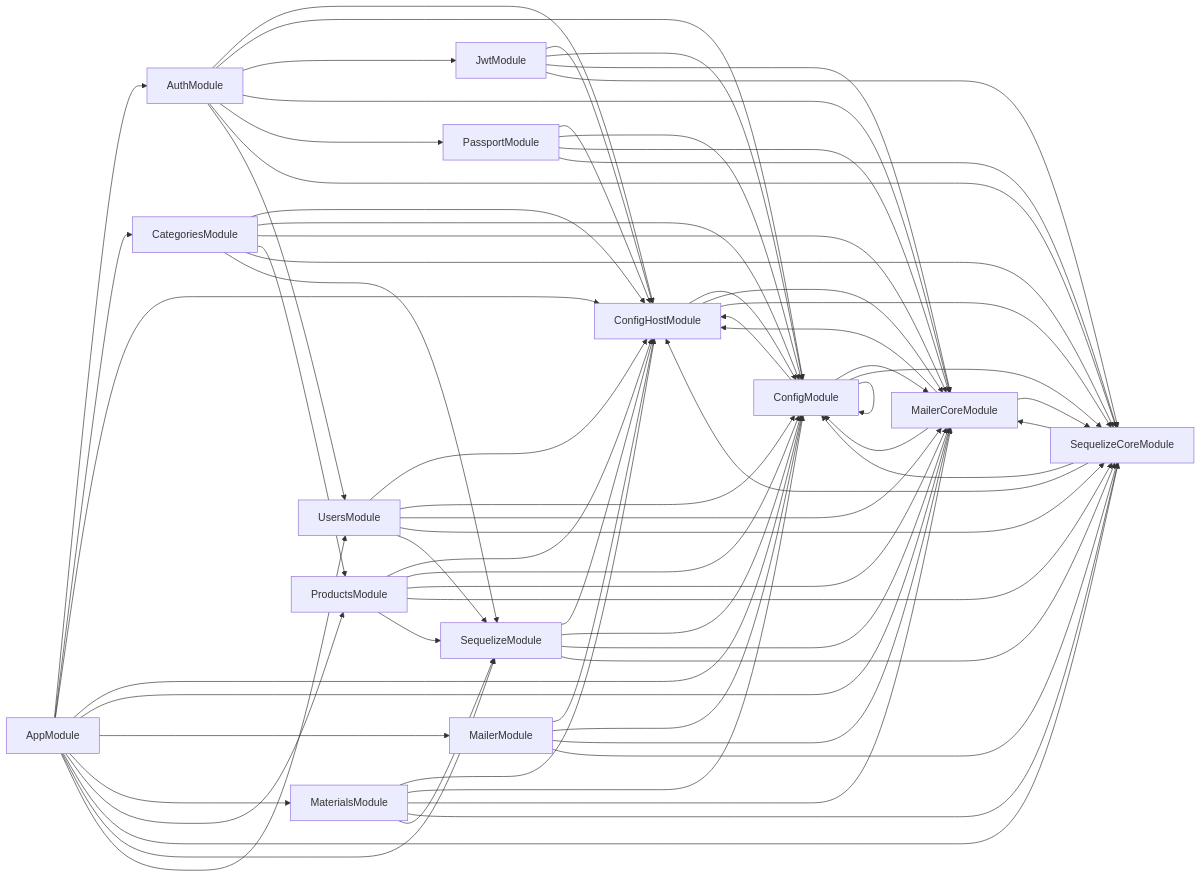
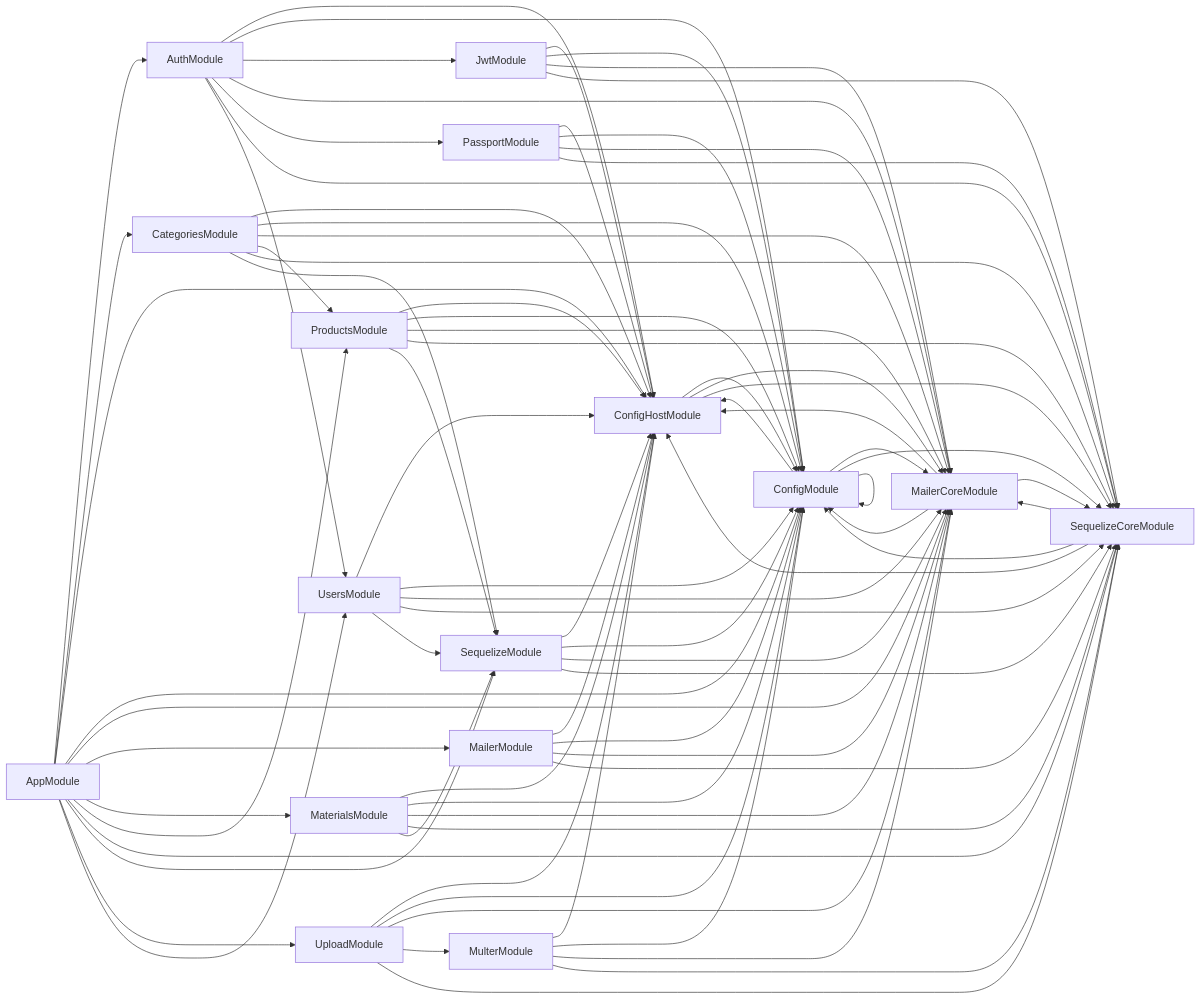
The diagram in deps.mermaid (csc13001-kafi/csc13001-kafi-server), drawn with Mermaid before and after one commit. The commit also changed 20 other files, not shown here.

```diff
--- a/deps.mermaid
+++ b/deps.mermaid
@@ -1,69 +1,79 @@
 graph LR
     AppModule-->AuthModule
   AppModule-->CategoriesModule
   AppModule-->ConfigHostModule
   AppModule-->ConfigModule
   AppModule-->MailerCoreModule
   AppModule-->MailerModule
   AppModule-->MaterialsModule
   AppModule-->ProductsModule
   AppModule-->SequelizeCoreModule
   AppModule-->SequelizeModule
+  AppModule-->UploadModule
   AppModule-->UsersModule
   AuthModule-->ConfigHostModule
   AuthModule-->ConfigModule
   AuthModule-->JwtModule
   AuthModule-->MailerCoreModule
   AuthModule-->PassportModule
   AuthModule-->SequelizeCoreModule
   AuthModule-->UsersModule
   CategoriesModule-->ConfigHostModule
   CategoriesModule-->ConfigModule
   CategoriesModule-->MailerCoreModule
   CategoriesModule-->ProductsModule
   CategoriesModule-->SequelizeCoreModule
   CategoriesModule-->SequelizeModule
   ConfigHostModule-->ConfigModule
   ConfigHostModule-->MailerCoreModule
   ConfigHostModule-->SequelizeCoreModule
   ConfigModule-->ConfigHostModule
   ConfigModule-->ConfigModule
   ConfigModule-->MailerCoreModule
   ConfigModule-->SequelizeCoreModule
   JwtModule-->ConfigHostModule
   JwtModule-->ConfigModule
   JwtModule-->MailerCoreModule
   JwtModule-->SequelizeCoreModule
   MailerCoreModule-->ConfigHostModule
   MailerCoreModule-->ConfigModule
   MailerCoreModule-->SequelizeCoreModule
   MailerModule-->ConfigHostModule
   MailerModule-->ConfigModule
   MailerModule-->MailerCoreModule
   MailerModule-->SequelizeCoreModule
   MaterialsModule-->ConfigHostModule
   MaterialsModule-->ConfigModule
   MaterialsModule-->MailerCoreModule
   MaterialsModule-->SequelizeCoreModule
   MaterialsModule-->SequelizeModule
+  MulterModule-->ConfigHostModule
+  MulterModule-->ConfigModule
+  MulterModule-->MailerCoreModule
+  MulterModule-->SequelizeCoreModule
   PassportModule-->ConfigHostModule
   PassportModule-->ConfigModule
   PassportModule-->MailerCoreModule
   PassportModule-->SequelizeCoreModule
   ProductsModule-->ConfigHostModule
   ProductsModule-->ConfigModule
   ProductsModule-->MailerCoreModule
   ProductsModule-->SequelizeCoreModule
   ProductsModule-->SequelizeModule
   SequelizeCoreModule-->ConfigHostModule
   SequelizeCoreModule-->ConfigModule
   SequelizeCoreModule-->MailerCoreModule
   SequelizeModule-->ConfigHostModule
   SequelizeModule-->ConfigModule
   SequelizeModule-->MailerCoreModule
   SequelizeModule-->SequelizeCoreModule
+  UploadModule-->ConfigHostModule
+  UploadModule-->ConfigModule
+  UploadModule-->MailerCoreModule
+  UploadModule-->MulterModule
+  UploadModule-->SequelizeCoreModule
   UsersModule-->ConfigHostModule
   UsersModule-->ConfigModule
   UsersModule-->MailerCoreModule
   UsersModule-->SequelizeCoreModule
   UsersModule-->SequelizeModule
```
